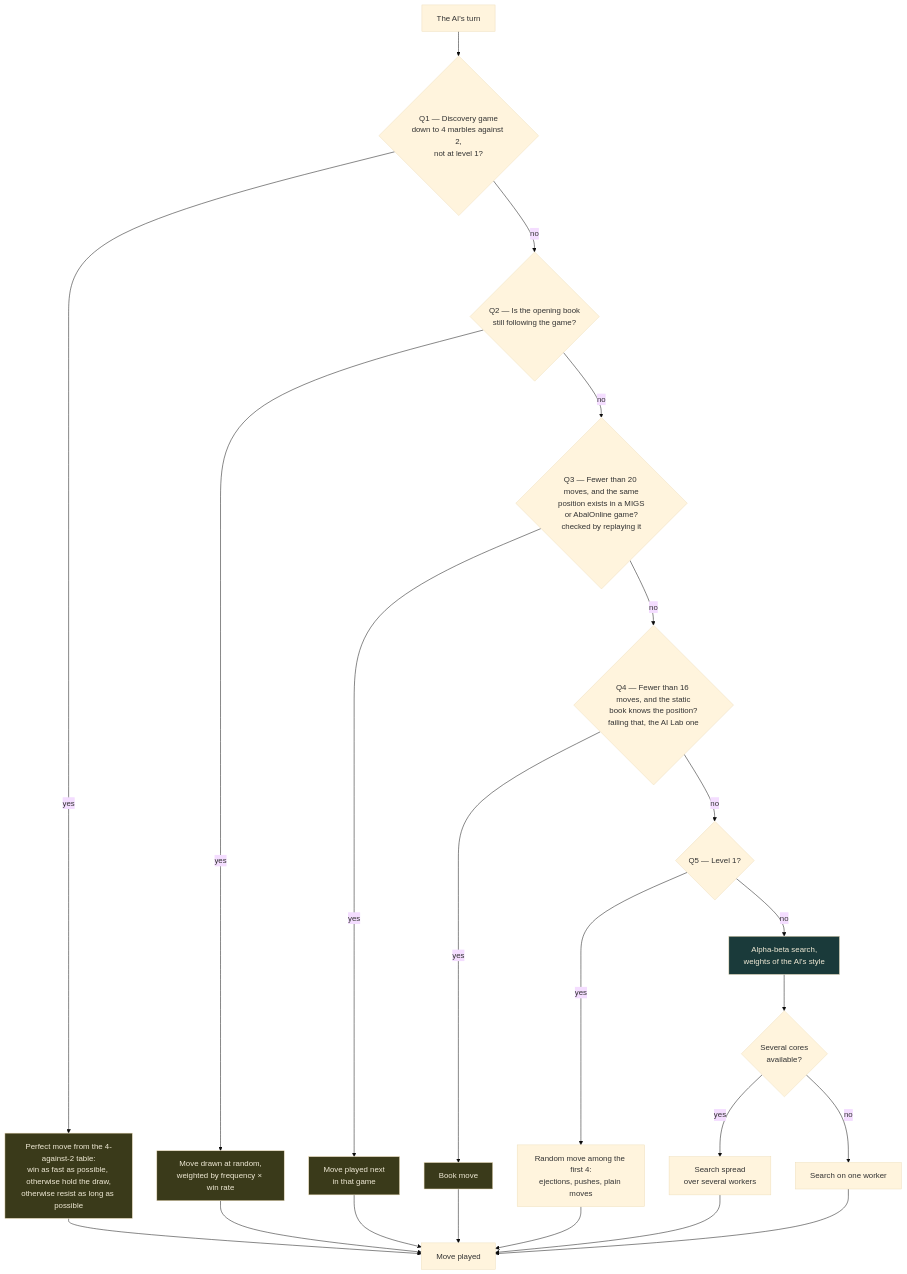
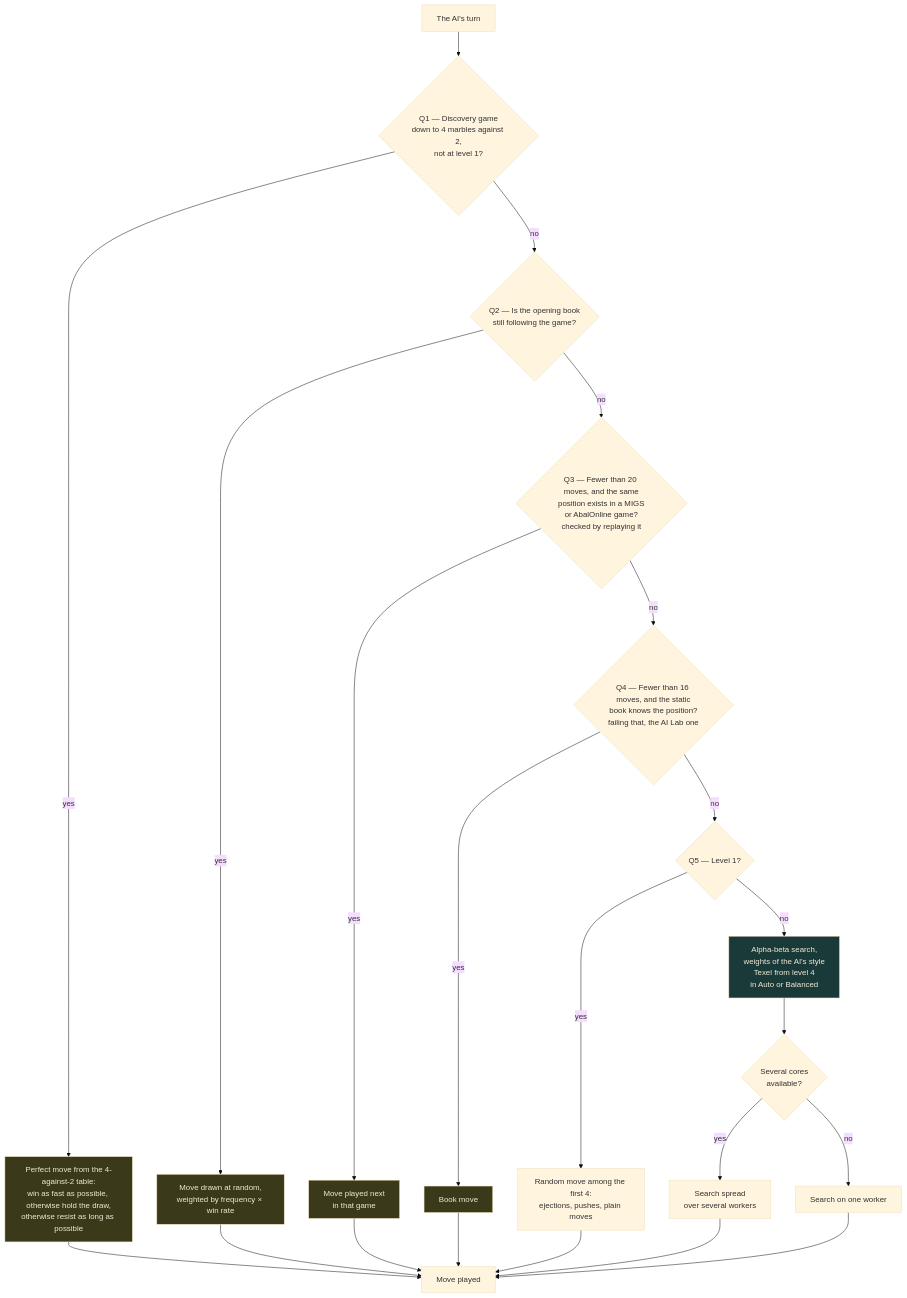
One commit to ocj94/Abalassembly changed the first of 3 diagrams in docs-en/Architecture.en.md. Above: the diagram before and after it, drawn with Mermaid (base theme). The commit also changed other lines of this file and 8 other files, not shown here.

First line of the commit message:
v2.96 : page Architecture remise a jour ; PlayStrategy n'est plus bloque par le site

````diff
--- a/docs-en/Architecture.en.md
+++ b/docs-en/Architecture.en.md
@@ -15,30 +15,30 @@
 ```mermaid
 flowchart TD
     A[The AI's turn] --> T{Q1 — Discovery game<br/>down to 4 marbles against 2,<br/>not at level 1?}
     T -->|yes| T1[Perfect move from the 4-against-2 table:<br/>win as fast as possible, otherwise hold the draw,<br/>otherwise resist as long as possible]
     T -->|no| B{Q2 — Is the opening book<br/>still following the game?}
     B -->|yes| B1[Move drawn at random,<br/>weighted by frequency × win rate]
     B -->|no| C{Q3 — Fewer than 20 moves, and the same<br/>position exists in a MIGS<br/>or AbalOnline game?<br/>checked by replaying it}
     C -->|yes| C1[Move played next<br/>in that game]
     C -->|no| D{Q4 — Fewer than 16 moves, and the static<br/>book knows the position?<br/>failing that, the AI Lab one}
     D -->|yes| D1[Book move]
     D -->|no| E{Q5 — Level 1?}
     E -->|yes| E1[Random move among the first 4:<br/>ejections, pushes, plain moves]
-    E -->|no| F[Alpha-beta search,<br/>weights of the AI's style]
+    E -->|no| F[Alpha-beta search,<br/>weights of the AI's style<br/>Texel from level 4<br/>in Auto or Balanced]
     F --> G{Several cores<br/>available?}
     G -->|yes| G1[Search spread<br/>over several workers]
     G -->|no| G2[Search on one worker]
     T1 --> H[Move played]
     B1 --> H
     C1 --> H
     D1 --> H
     E1 --> H
     G1 --> H
     G2 --> H
 
     style T1 fill:#3a3a1a,color:#f0ead6
     style B1 fill:#3a3a1a,color:#f0ead6
     style C1 fill:#3a3a1a,color:#f0ead6
     style D1 fill:#3a3a1a,color:#f0ead6
     style F fill:#1a3a3a,color:#f0ead6
 ```
````
